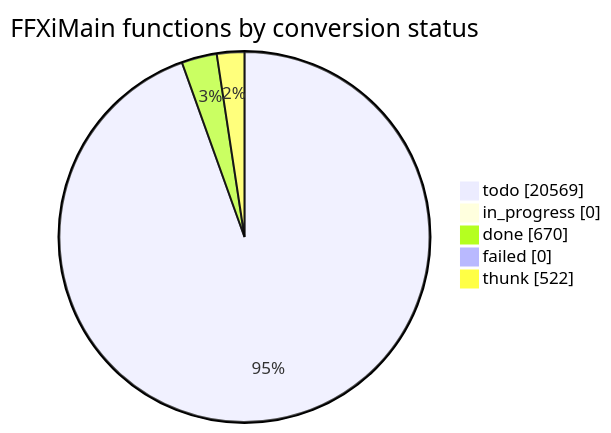
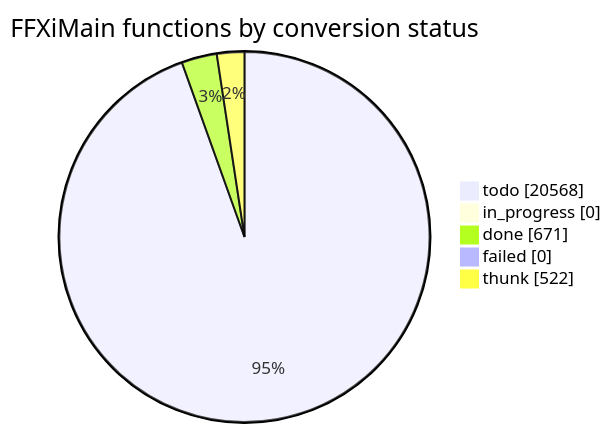
Before and after one commit to cowrevenge/cow_kuluu_xi_anything: the diagram in docs/cow/STATUS.md, drawn with Mermaid. The commit also changed other lines of this file and 9 other files, not shown here.

````diff
--- a/docs/cow/STATUS.md
+++ b/docs/cow/STATUS.md
@@ -18,9 +18,9 @@
 ```mermaid
 pie showData
     title FFXiMain functions by conversion status
-    "todo" : 20569
+    "todo" : 20568
     "in_progress" : 0
-    "done" : 670
+    "done" : 671
     "failed" : 0
     "thunk" : 522
 ```
````
